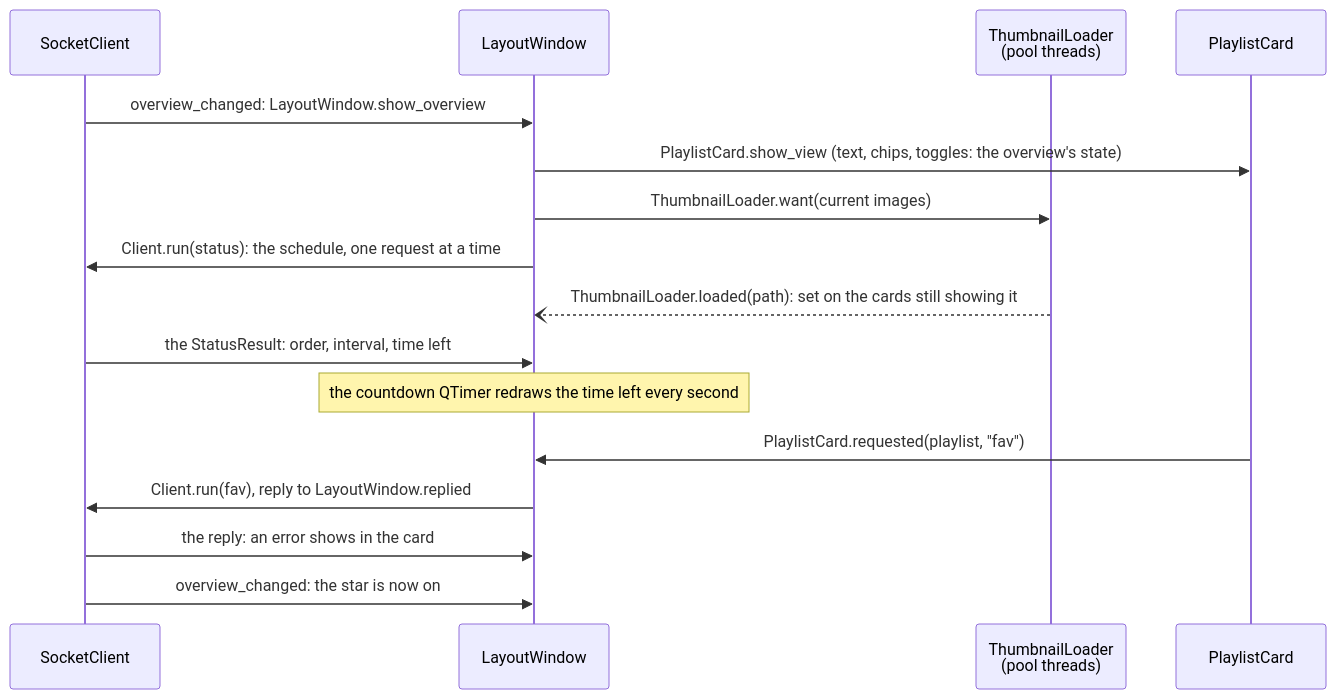
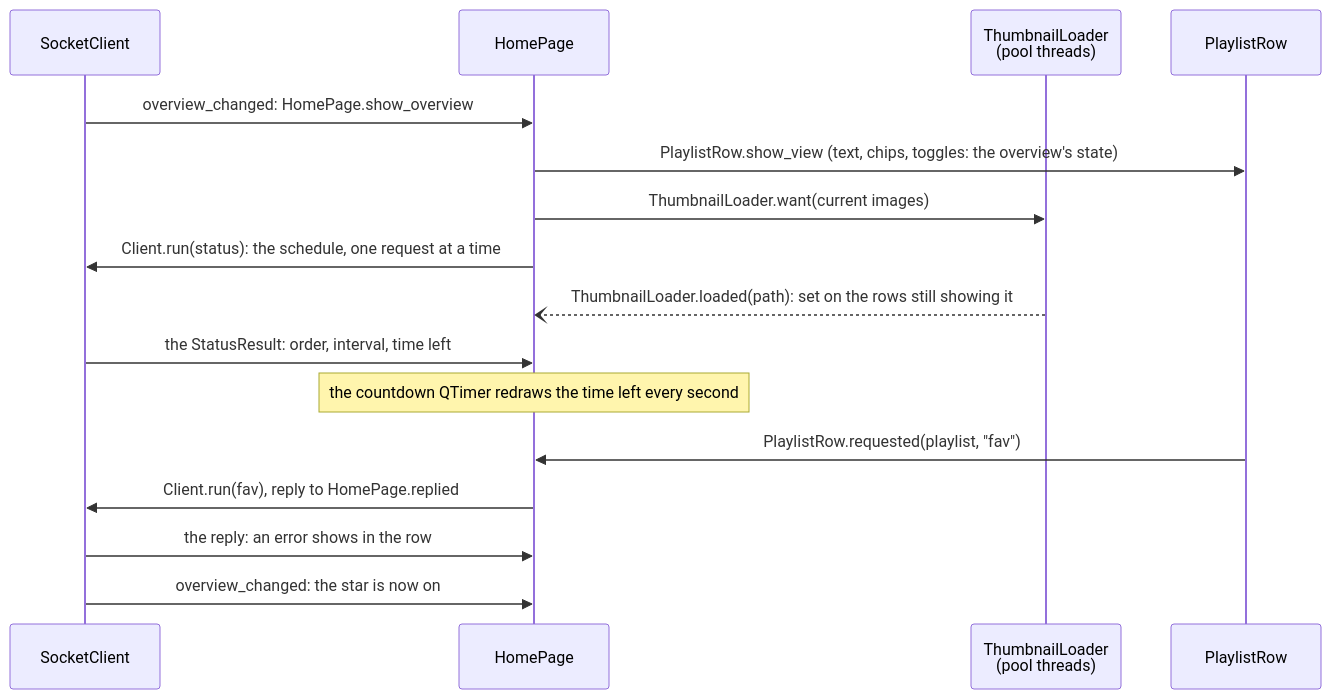
The sixth of 7 diagrams in docs/app-wiring.md (cheshire0xff/wallpaper_py), drawn with Mermaid before and after one commit. The commit also changed other lines of this file and 34 other files, not shown here.

First line of the commit message:
Phase 4 step 4: one main window with a sidebar (Home, Library, Settings)

````diff
--- a/docs/app-wiring.md
+++ b/docs/app-wiring.md
@@ -291,19 +304,19 @@
 ```mermaid
 sequenceDiagram
     participant C as SocketClient
-    participant L as LayoutWindow
+    participant L as HomePage
     participant T as ThumbnailLoader<br/>(pool threads)
-    participant P as PlaylistCard
+    participant P as PlaylistRow
 
-    C->>L: overview_changed: LayoutWindow.show_overview
-    L->>P: PlaylistCard.show_view (text, chips, toggles: the overview's state)
+    C->>L: overview_changed: HomePage.show_overview
+    L->>P: PlaylistRow.show_view (text, chips, toggles: the overview's state)
     L->>T: ThumbnailLoader.want(current images)
     L->>C: Client.run(status): the schedule, one request at a time
-    T--)L: ThumbnailLoader.loaded(path): set on the cards still showing it
+    T--)L: ThumbnailLoader.loaded(path): set on the rows still showing it
     C->>L: the StatusResult: order, interval, time left
     Note over L: the countdown QTimer redraws the time left every second
-    P->>L: PlaylistCard.requested(playlist, "fav")
-    L->>C: Client.run(fav), reply to LayoutWindow.replied
-    C->>L: the reply: an error shows in the card
+    P->>L: PlaylistRow.requested(playlist, "fav")
+    L->>C: Client.run(fav), reply to HomePage.replied
+    C->>L: the reply: an error shows in the row
     C->>L: overview_changed: the star is now on
 ```
````
